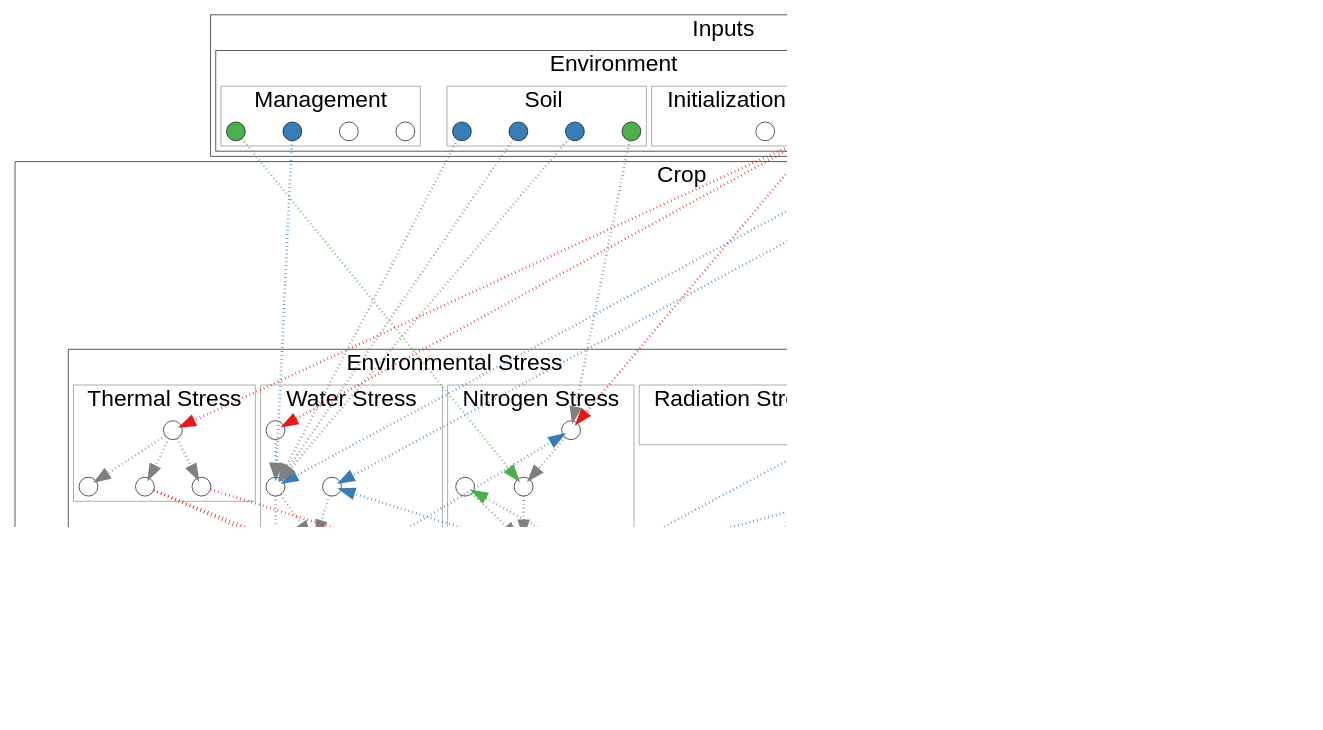
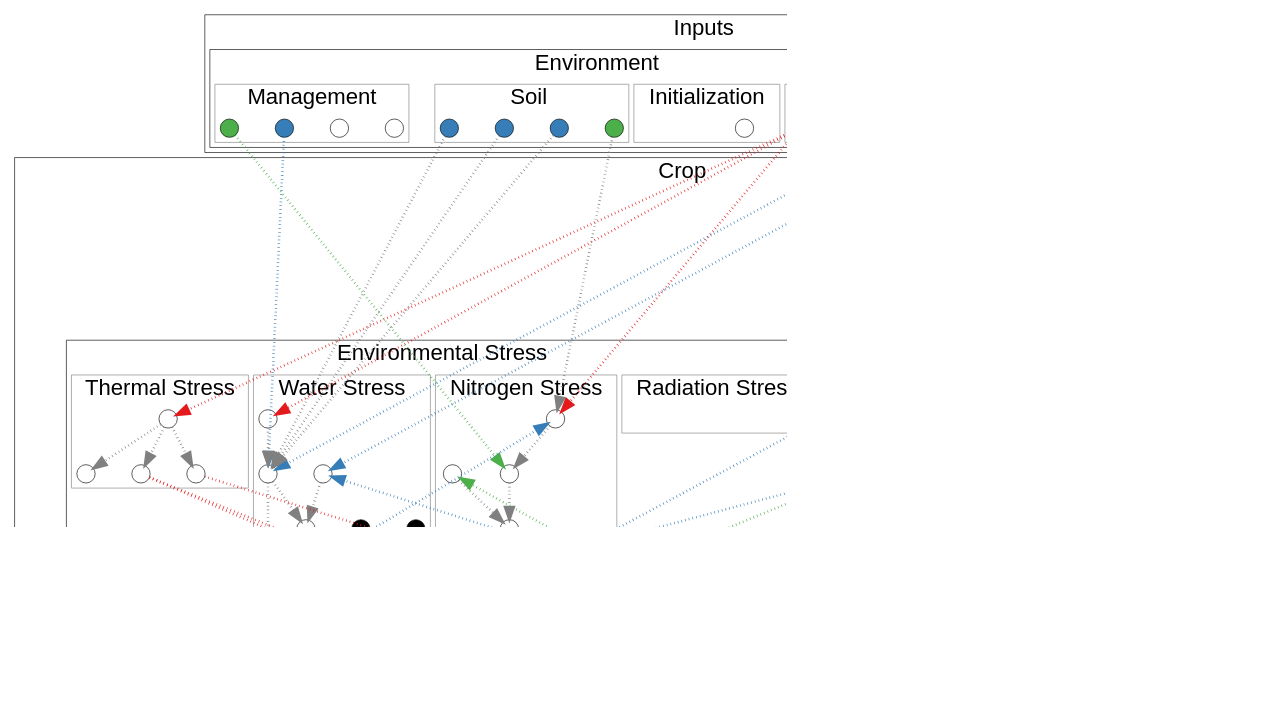
The diagram in inst/doc/files/structure_nodes.dot (picasa/rsunflo), drawn with Graphviz before and after one commit. The commit also changed 8 other files, not shown here.

```diff
--- a/inst/doc/files/structure_nodes.dot
+++ b/inst/doc/files/structure_nodes.dot
@@ -138,7 +138,7 @@
 				Temperature -> ThermalTime [style=dotted, colorscheme=set14, constraint=false, color=1] // InputsVariable
 				
 				// Module
-				ThermalTime
+				ThermalTime 
 				
 			}
 			
@@ -185,6 +185,7 @@
 				pencolor=gray
 				
 				// Inputs
+				ThermalTime -> RUE [constraint=false]
 				{ThermalTimeFlowering ThermalTimeMaturity} -> RUE
 				Radiation -> CropBiomass [style=dotted, colorscheme=set14, color=4, constraint=false]  // InputsVariable
 				RIE -> CropBiomass 
```
